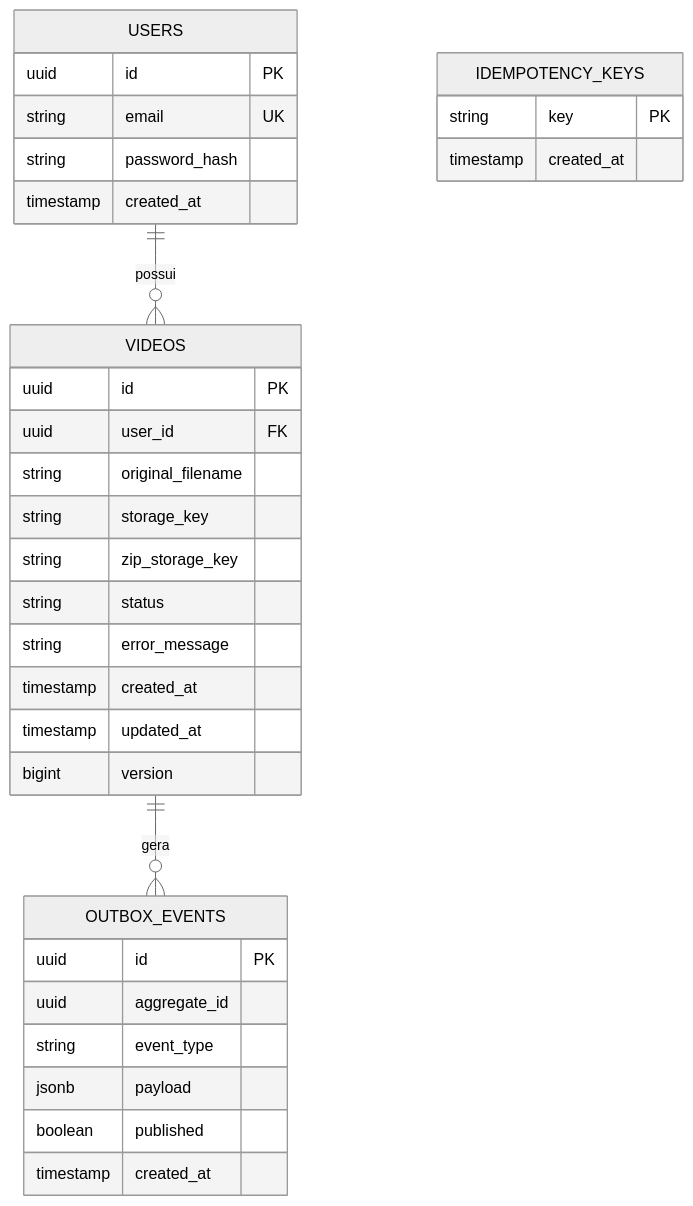
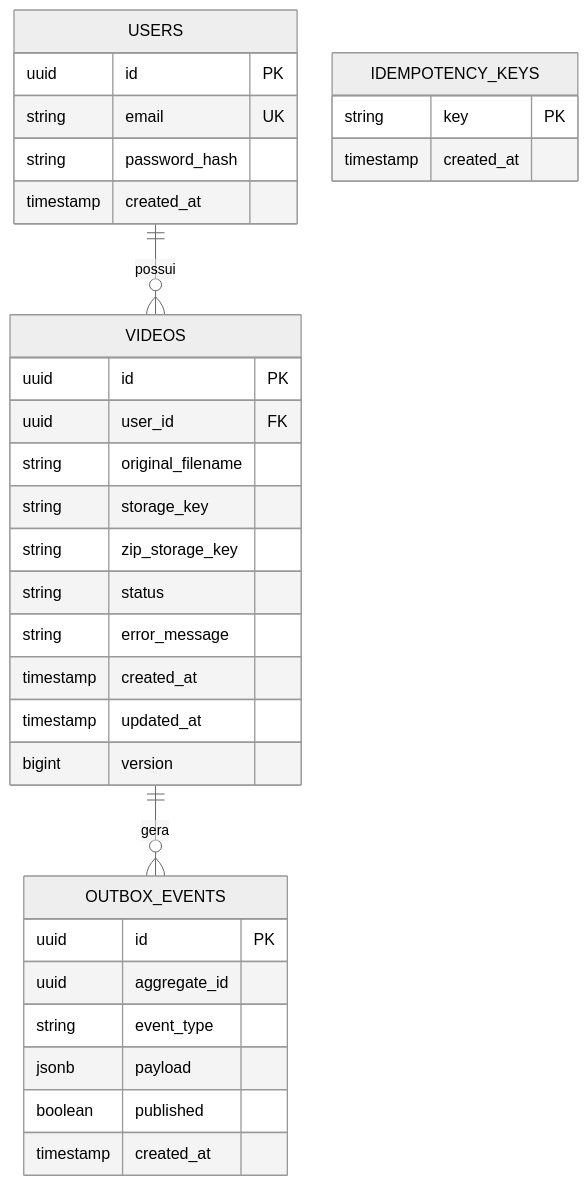
The third of 5 diagrams in docs/architecture/hld-lld-adr-rfc.md (fredericoffs/fiapx-video-platform), drawn with Mermaid before and after one commit. The commit also changed other lines of this file, not shown here.

First line of the commit message:
docs(architecture): moderniza sintaxe de config dos diagramas Mermaid

````diff
--- a/docs/architecture/hld-lld-adr-rfc.md
+++ b/docs/architecture/hld-lld-adr-rfc.md
@@ -249,37 +250,43 @@
 ```mermaid
-%%{init: {'theme': 'neutral'}}%%
+---
+config:
+  theme: neutral
+  layout: elk
+  look: classic
+  fontFamily: '''Inter Variable'', sans-serif'
+---
 erDiagram
     USERS ||--o{ VIDEOS : possui
     VIDEOS ||--o{ OUTBOX_EVENTS : gera
 
     USERS {
         uuid id PK
         string email UK
         string password_hash
         timestamp created_at
     }
     VIDEOS {
         uuid id PK
         uuid user_id FK
         string original_filename
         string storage_key
         string zip_storage_key
         string status
         string error_message
         timestamp created_at
         timestamp updated_at
         bigint version
     }
     OUTBOX_EVENTS {
         uuid id PK
         uuid aggregate_id
         string event_type
         jsonb payload
         boolean published
         timestamp created_at
     }
     IDEMPOTENCY_KEYS {
         string key PK
         timestamp created_at
     }
 ```
````
